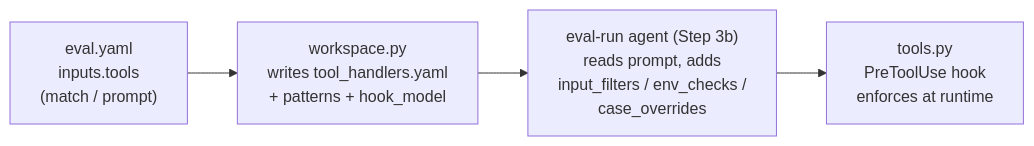
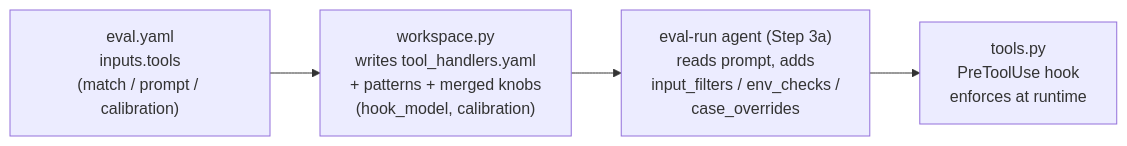
The diagram in website/reference/config/inputs-tools.md (opendatahub-io/agent-eval-harness), drawn with Mermaid before and after one commit. The commit also changed other lines of this file and 27 other files, not shown here.

````diff
--- a/website/reference/config/inputs-tools.md
+++ b/website/reference/config/inputs-tools.md
@@ -55,6 +56,6 @@
 ```mermaid
 flowchart LR
-    A["eval.yaml<br/>inputs.tools<br/>(match / prompt)"] --> B["workspace.py<br/>writes tool_handlers.yaml<br/>+ patterns + hook_model"]
-    B --> C["eval-run agent (Step 3b)<br/>reads prompt, adds<br/>input_filters / env_checks /<br/>case_overrides"]
+    A["eval.yaml<br/>inputs.tools<br/>(match / prompt / calibration)"] --> B["workspace.py<br/>writes tool_handlers.yaml<br/>+ patterns + merged knobs<br/>(hook_model, calibration)"]
+    B --> C["eval-run agent (Step 3a)<br/>reads prompt, adds<br/>input_filters / env_checks /<br/>case_overrides"]
     C --> D["tools.py<br/>PreToolUse hook<br/>enforces at runtime"]
 ```
````
